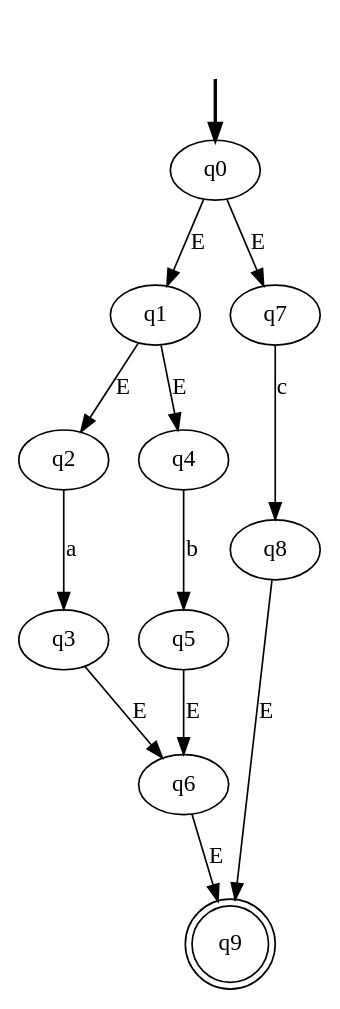
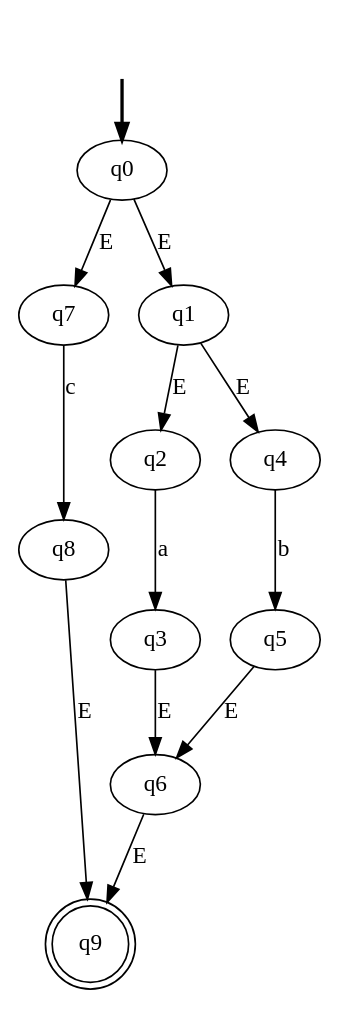
The diagram in ER e AFNE - Trabalho 3/resources/AFNE.dot (MarcosFelipeBC/lfa), drawn with Graphviz before and after one commit. The commit also changed other lines of this file and 4 other files, not shown here.

```diff
--- a/ER e AFNE - Trabalho 3/resources/AFNE.dot
+++ b/ER e AFNE - Trabalho 3/resources/AFNE.dot
@@ -1,25 +1,25 @@
 digraph {
 	fake0 [style=invisible]
-	q9 [shape=doublecircle]
-	q6
-	q3
 	q8
-	q1
 	q7
 	q0 [root=true]
+	q9 [shape=doublecircle]
+	q3
 	q2
+	q4
+	q6
 	q5
-	q4
+	q1
 	fake0 -> q0 [style=bold]
 	q2 -> q3 [label=a]
 	q4 -> q5 [label=b]
 	q1 -> q4 [label=E]
 	q1 -> q2 [label=E]
 	q3 -> q6 [label=E]
 	q5 -> q6 [label=E]
 	q7 -> q8 [label=c]
 	q0 -> q7 [label=E]
 	q0 -> q1 [label=E]
 	q6 -> q9 [label=E]
 	q8 -> q9 [label=E]
 }
```
